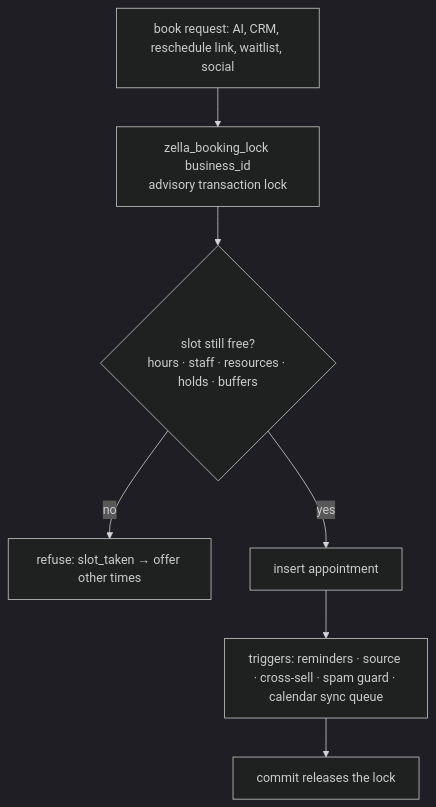
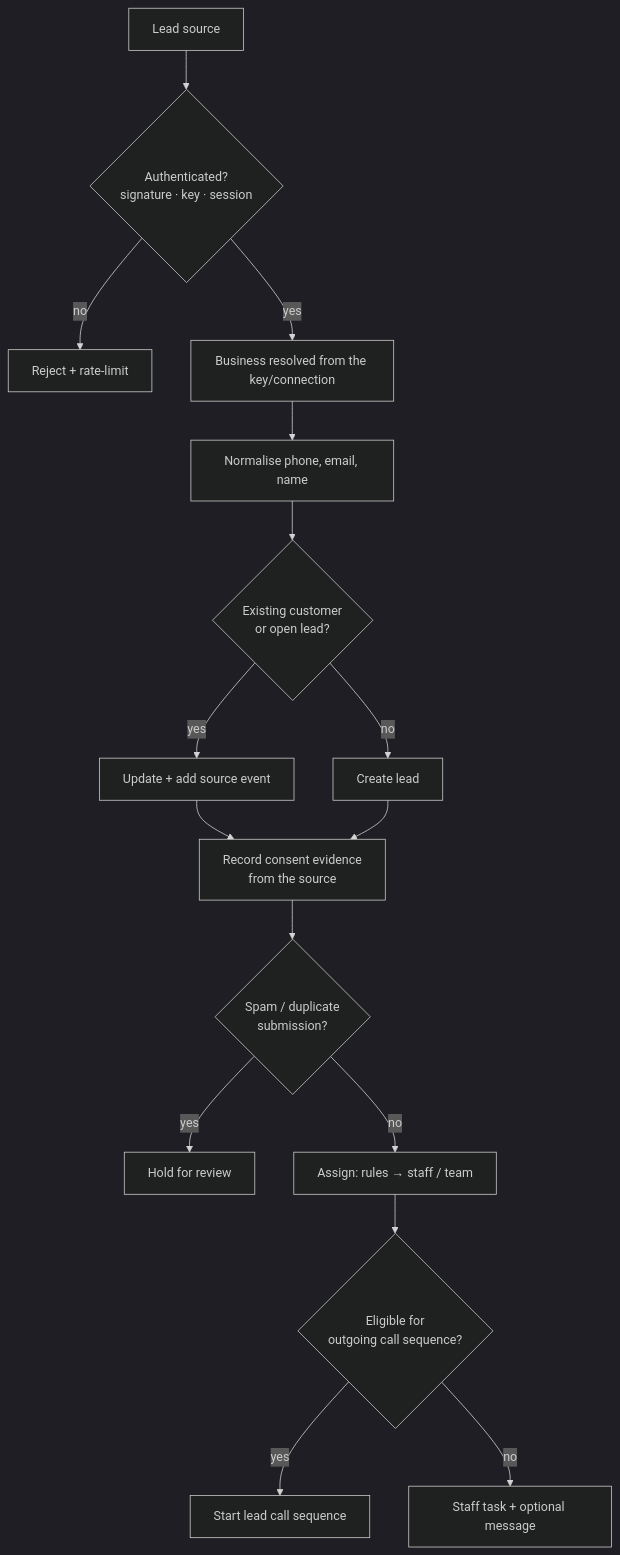
The ninth of 14 diagrams in docs/ARCHITECTURE.md (singhdhruv525-source/Zella-AI), drawn with Mermaid (dark theme) before and after one commit. The commit also changed other lines of this file and 1 other file, not shown here.

````diff
--- a/docs/ARCHITECTURE.md
+++ b/docs/ARCHITECTURE.md
@@ -471,9 +666,17 @@
 ```mermaid
 flowchart TD
-  a[book request: AI, CRM, reschedule link, waitlist, social] --> l[zella_booking_lock business_id<br/>advisory transaction lock]
-  l --> c{slot still free?<br/>hours · staff · resources · holds · buffers}
-  c -- no --> r[refuse: slot_taken → offer other times]
-  c -- yes --> w[insert appointment]
-  w --> t[triggers: reminders · source · cross-sell · spam guard · calendar sync queue]
-  t --> u[commit releases the lock]
+  src[Lead source] --> au{Authenticated?<br/>signature · key · session}
+  au -- no --> rj[Reject + rate-limit]
+  au -- yes --> bz[Business resolved from the key/connection]
+  bz --> nm[Normalise phone, email, name]
+  nm --> dd{Existing customer<br/>or open lead?}
+  dd -- yes --> up[Update + add source event]
+  dd -- no --> new[Create lead]
+  up & new --> cons[Record consent evidence<br/>from the source]
+  cons --> spam{Spam / duplicate<br/>submission?}
+  spam -- yes --> hold[Hold for review]
+  spam -- no --> route[Assign: rules → staff / team]
+  route --> el{Eligible for<br/>outgoing call sequence?}
+  el -- yes --> seq[Start lead call sequence]
+  el -- no --> task[Staff task + optional message]
 ```
````
